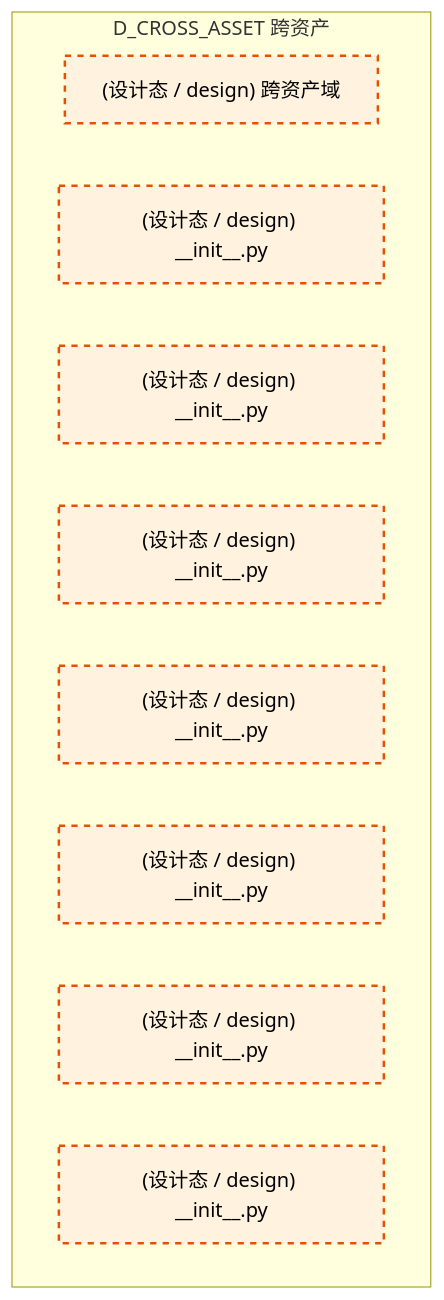
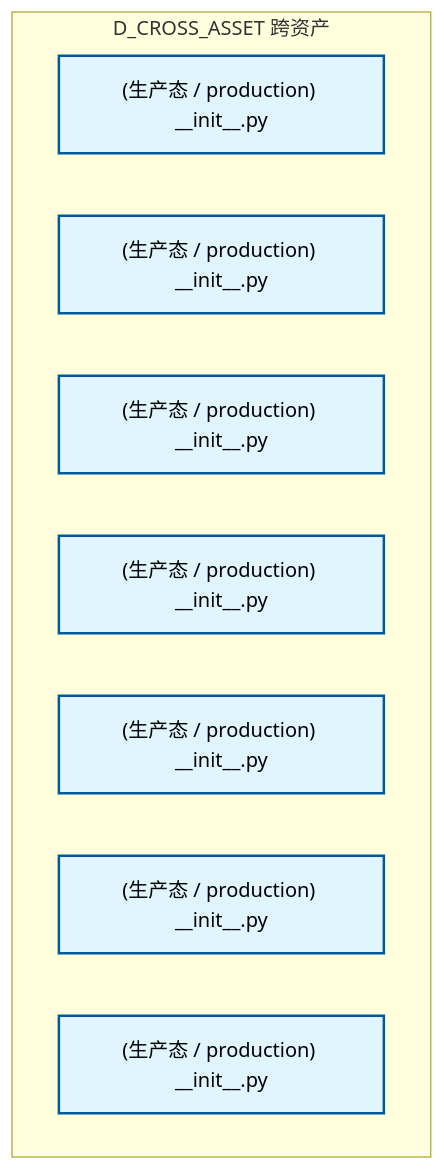
The first of 2 diagrams in docs/02_enterprise_architecture/02_domain_architecture_docs/31_d_cross_asset.md (xuanFelixVan/ZephyrAlpha), drawn with Mermaid before and after one commit. The commit also changed other lines of this file and 128 other files, not shown here.

````diff
--- a/docs/02_enterprise_architecture/02_domain_architecture_docs/31_d_cross_asset.md
+++ b/docs/02_enterprise_architecture/02_domain_architecture_docs/31_d_cross_asset.md
@@ -69,18 +67,17 @@
 ```mermaid
 graph TD
     subgraph D_CROSS_ASSET["D_CROSS_ASSET 跨资产"]
-        src_zephyr_cross_asset["(设计态 / design) 跨资产域"]
-        src_zephyr_cross_asset_init_py["(设计态 / design) __init__.py"]
-        src_zephyr_cross_asset_extensions_init_py["(设计态 / design) __init__.py"]
-        src_zephyr_cross_asset_api_init_py["(设计态 / design) __init__.py"]
-        src_zephyr_cross_asset_core_init_py["(设计态 / design) __init__.py"]
-        src_zephyr_cross_asset_infrastructure_init_py["(设计态 / design) __init__.py"]
-        src_zephyr_cross_asset_models_init_py["(设计态 / design) __init__.py"]
-        src_zephyr_cross_asset_services_init_py["(设计态 / design) __init__.py"]
+        src_zephyr_cross_asset_init_py["(生产态 / production) __init__.py"]
+        src_zephyr_cross_asset_extensions_init_py["(生产态 / production) __init__.py"]
+        src_zephyr_cross_asset_api_init_py["(生产态 / production) __init__.py"]
+        src_zephyr_cross_asset_core_init_py["(生产态 / production) __init__.py"]
+        src_zephyr_cross_asset_infrastructure_init_py["(生产态 / production) __init__.py"]
+        src_zephyr_cross_asset_models_init_py["(生产态 / production) __init__.py"]
+        src_zephyr_cross_asset_services_init_py["(生产态 / production) __init__.py"]
     end
     classDef production fill:#e1f5fe,stroke:#01579b,stroke-width:2px,color:#000
     classDef design fill:#fff3e0,stroke:#e65100,stroke-width:2px,color:#000,stroke-dasharray: 5 5
     classDef external_prod fill:#e8f5e9,stroke:#1b5e20,stroke-width:1px,color:#000
     classDef external_design fill:#fce4ec,stroke:#880e4f,stroke-width:1px,color:#000,stroke-dasharray: 5 5
-    class src_zephyr_cross_asset,src_zephyr_cross_asset_init_py,src_zephyr_cross_asset_extensions_init_py,src_zephyr_cross_asset_api_init_py,src_zephyr_cross_asset_core_init_py,src_zephyr_cross_asset_infrastructure_init_py,src_zephyr_cross_asset_models_init_py,src_zephyr_cross_asset_services_init_py design
+    class src_zephyr_cross_asset_init_py,src_zephyr_cross_asset_extensions_init_py,src_zephyr_cross_asset_api_init_py,src_zephyr_cross_asset_core_init_py,src_zephyr_cross_asset_infrastructure_init_py,src_zephyr_cross_asset_models_init_py,src_zephyr_cross_asset_services_init_py production
 ```
````
